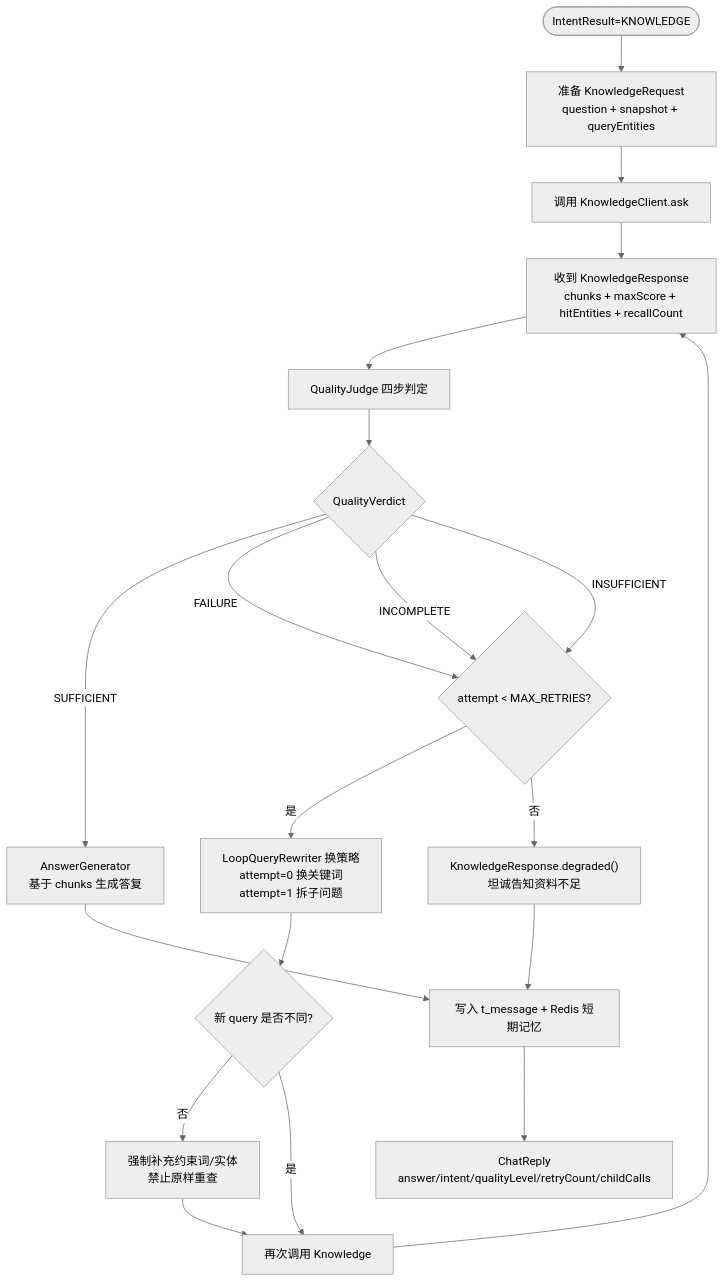
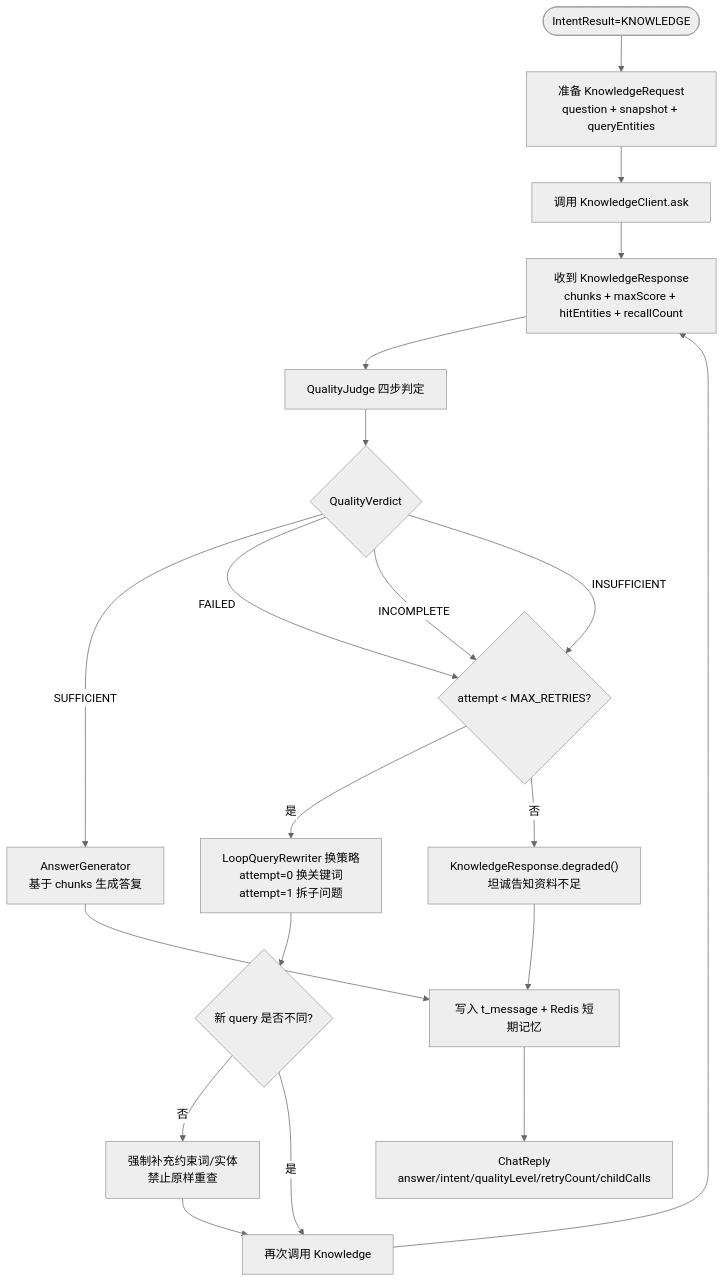
The fifth of 6 diagrams in doc/主Agent-技术架构.md (liyunyi-gif/Xiaomi-Shopping-Agent), drawn with Mermaid (neutral theme) before and after one commit. The commit also changed other lines of this file and 19 other files, not shown here.

````diff
--- a/doc/主Agent-技术架构.md
+++ b/doc/主Agent-技术架构.md
@@ -288,22 +299,22 @@
 ```mermaid
 flowchart TD
     START([IntentResult=KNOWLEDGE]) --> SNAP["准备 KnowledgeRequest<br/>question + snapshot + queryEntities"]
     SNAP --> CALL["调用 KnowledgeClient.ask"]
     CALL --> RESP["收到 KnowledgeResponse<br/>chunks + maxScore + hitEntities + recallCount"]
     RESP --> JUDGE["QualityJudge 四步判定"]
     JUDGE --> V{"QualityVerdict"}
     V -- "SUFFICIENT" --> ANSWER["AnswerGenerator<br/>基于 chunks 生成答复"]
-    V -- "FAILURE" --> RETRY{"attempt < MAX_RETRIES?"}
+    V -- "FAILED" --> RETRY{"attempt < MAX_RETRIES?"}
     V -- "INCOMPLETE" --> RETRY
     V -- "INSUFFICIENT" --> RETRY
     RETRY -- "是" --> STRATEGY["LoopQueryRewriter 换策略<br/>attempt=0 换关键词<br/>attempt=1 拆子问题"]
     STRATEGY --> DIFF{"新 query 是否不同?"}
     DIFF -- "否" --> FORCE["强制补充约束词/实体<br/>禁止原样重查"]
     DIFF -- "是" --> CALL2["再次调用 Knowledge"]
     FORCE --> CALL2
     CALL2 --> RESP
     RETRY -- "否" --> DEGRADE["KnowledgeResponse.degraded()<br/>坦诚告知资料不足"]
     ANSWER --> ARCHIVE["写入 t_message + Redis 短期记忆"]
     DEGRADE --> ARCHIVE
     ARCHIVE --> OUT["ChatReply<br/>answer/intent/qualityLevel/retryCount/childCalls"]
 ```
````
